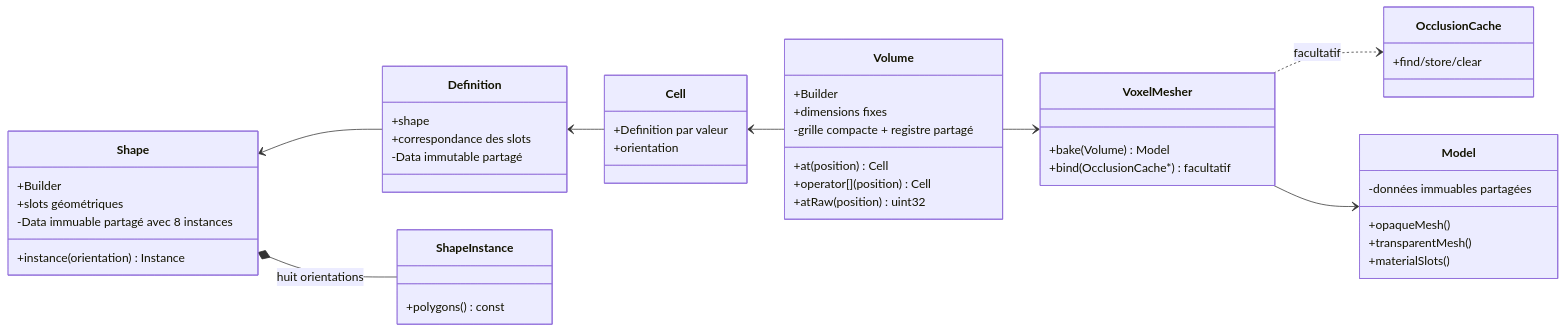
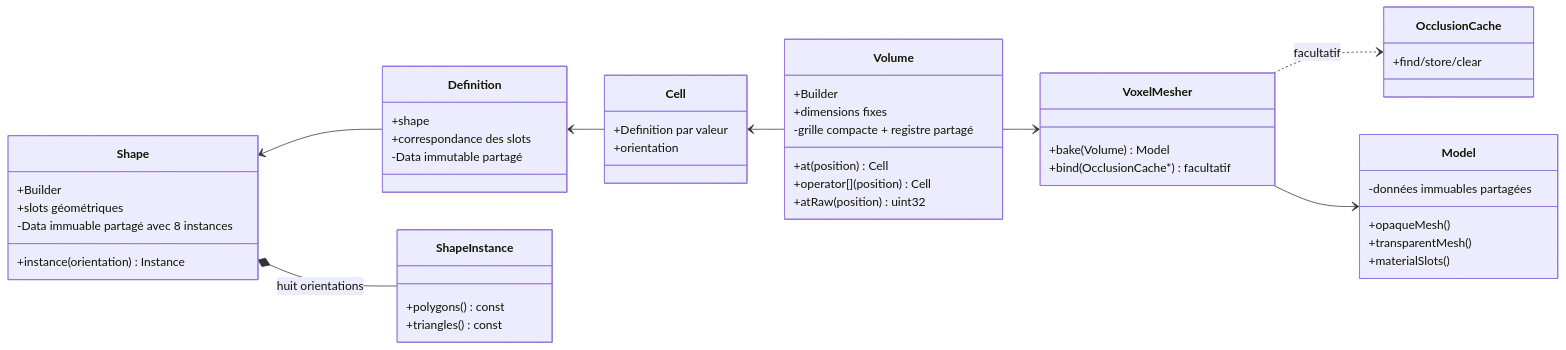
One commit to EreliaStudio/Sparkle changed the diagram in docs/voxel-engine-v0.1.4/02-modele-voxel.md. Above: the diagram before and after it, drawn with Mermaid. The commit also changed other lines of this file and 1 other file, not shown here.

````diff
--- a/docs/voxel-engine-v0.1.4/02-modele-voxel.md
+++ b/docs/voxel-engine-v0.1.4/02-modele-voxel.md
@@ -7,50 +7,51 @@
 ```mermaid
 classDiagram
   direction LR
   class Shape {
     +Builder
     +slots géométriques
     +instance(orientation) Instance
     -Data immuable partagé avec 8 instances
   }
   class Definition {
     +shape
     +correspondance des slots
     -Data immutable partagé
   }
   class Cell {
     +Definition par valeur
     +orientation
   }
   class Volume {
     +Builder
     +dimensions fixes
     +at(position) Cell
     +operator[](position) Cell
     +atRaw(position) uint32
     -grille compacte + registre partagé
   }
   class Model {
     +opaqueMesh()
     +transparentMesh()
     +materialSlots()
     -données immuables partagées
   }
   class ShapeInstance {
     +polygons() const
+    +triangles() const
   }
   class OcclusionCache {
     +find/store/clear
   }
   class VoxelMesher {
     +bake(Volume) Model
     +bind(OcclusionCache*) facultatif
   }
   Shape <-- Definition
   Definition <-- Cell
   Cell <-- Volume
   Shape *-- ShapeInstance : huit orientations
   VoxelMesher ..> OcclusionCache : facultatif
   Volume --> VoxelMesher
   VoxelMesher --> Model
 ```
````
